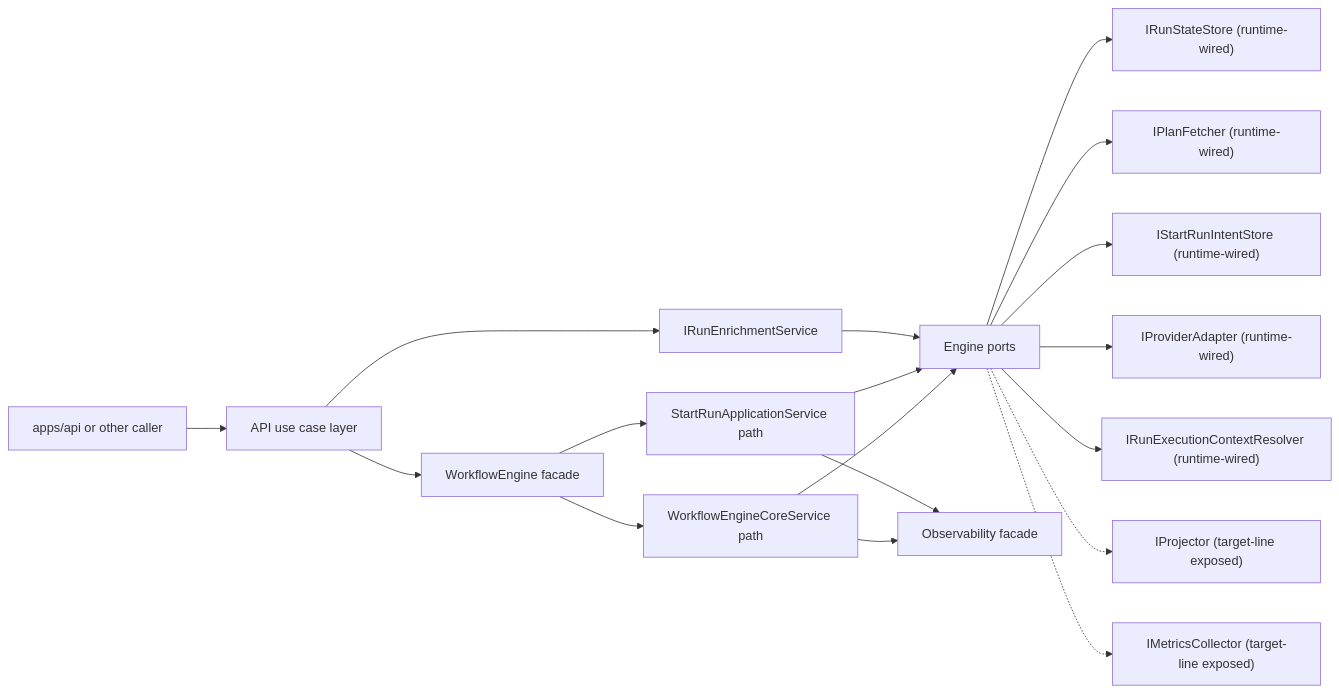
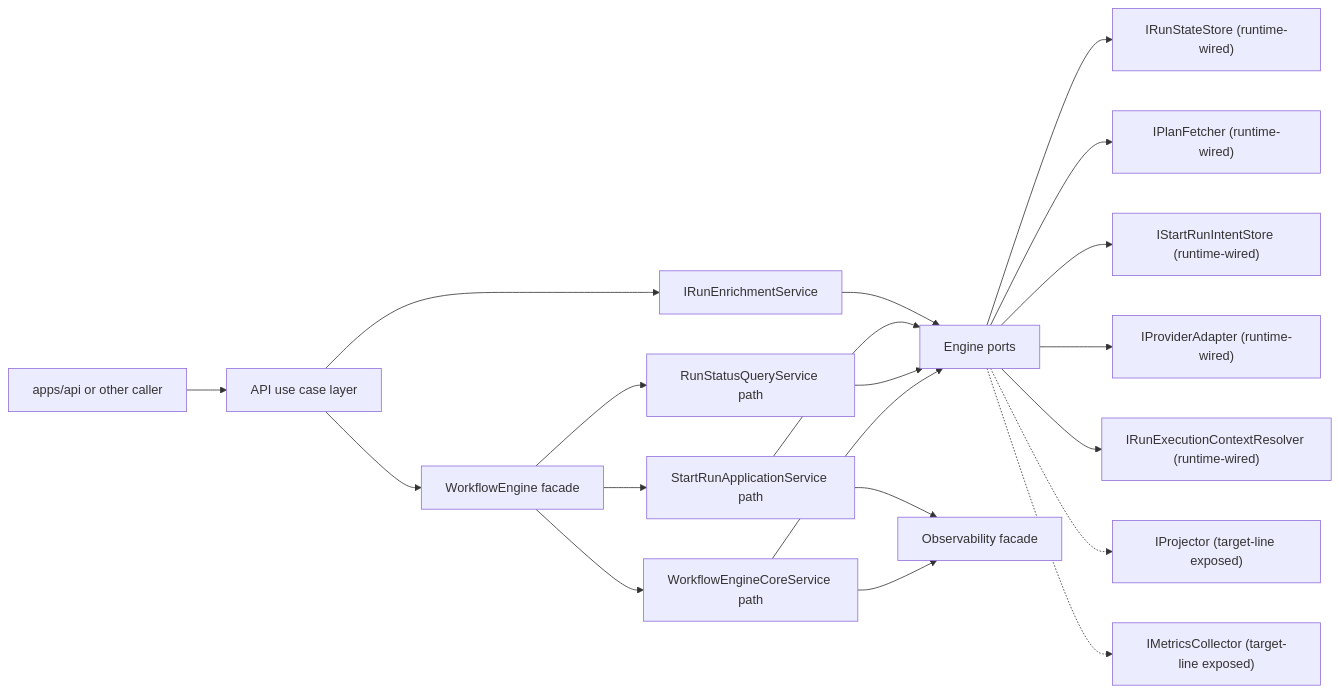
Before and after one commit to dunay2/dvt: the first of 5 diagrams in docs/architecture/components/engine/architecture/workflow-engine-subsystem-context.md, drawn with Mermaid. The commit also changed other lines of this file and 14 other files, not shown here.

Commit message:
refactor(engine): Split run status query from engine core

````diff
--- a/docs/architecture/components/engine/architecture/workflow-engine-subsystem-context.md
+++ b/docs/architecture/components/engine/architecture/workflow-engine-subsystem-context.md
@@ -71,20 +71,22 @@
 ```mermaid
 flowchart LR
   Caller["apps/api or other caller"] --> UseCase["API use case layer"]
   UseCase --> Engine["WorkflowEngine facade"]
   UseCase --> Enrich["IRunEnrichmentService"]
   Engine --> StartRun["StartRunApplicationService path"]
+  Engine --> Query["RunStatusQueryService path"]
   Engine --> Core["WorkflowEngineCoreService path"]
   Enrich --> Ports
   StartRun --> Ports["Engine ports"]
+  Query --> Ports
   Core --> Ports
   Ports --> State["IRunStateStore (runtime-wired)"]
   Ports --> PlanStore["IPlanFetcher (runtime-wired)"]
   Ports --> Intent["IStartRunIntentStore (runtime-wired)"]
   Ports --> Provider["IProviderAdapter (runtime-wired)"]
   Ports --> RunCtx["IRunExecutionContextResolver (runtime-wired)"]
   Ports -.-> Projector["IProjector (target-line exposed)"]
   Ports -.-> Metrics["IMetricsCollector (target-line exposed)"]
   StartRun --> Obs["Observability facade"]
   Core --> Obs
 ```
````
